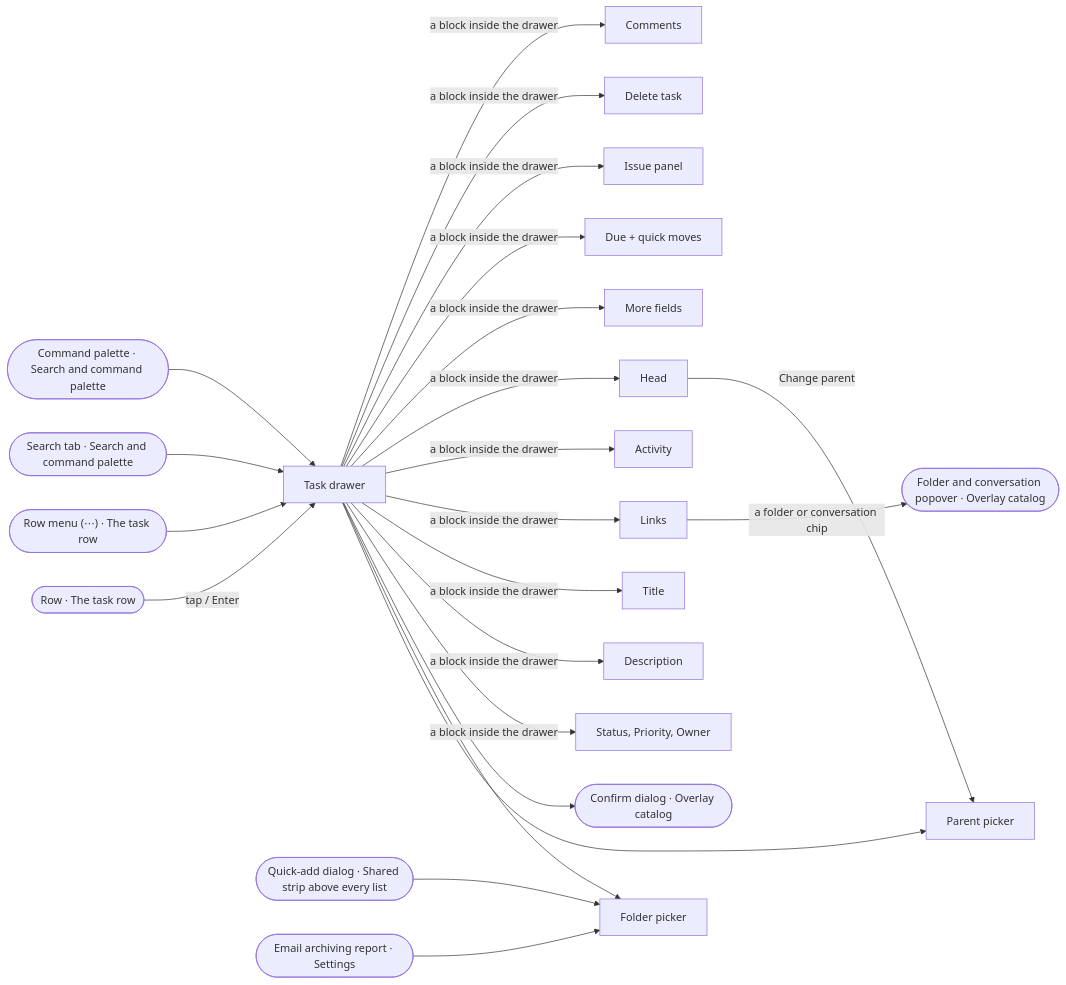
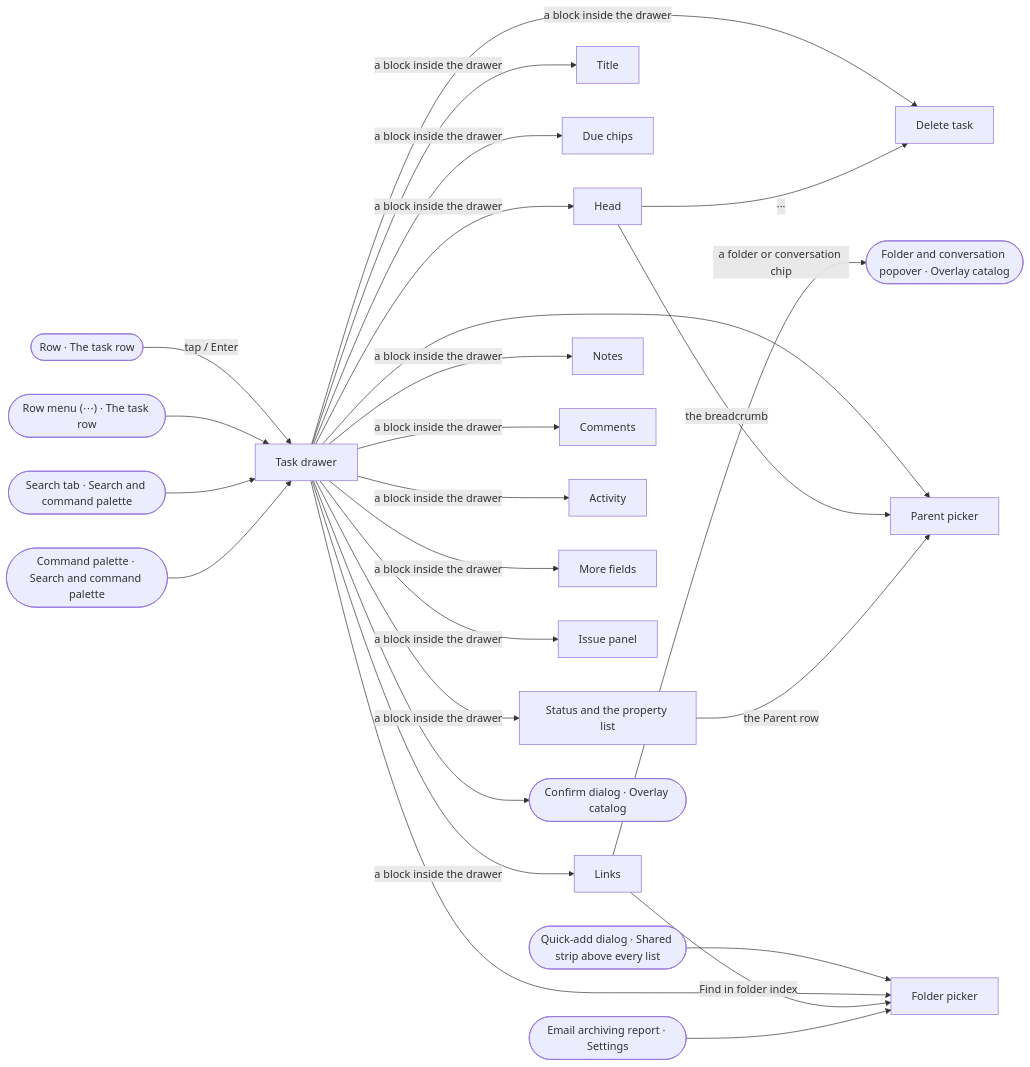
One commit to ferraroroberto/task-os changed the sixth of 12 diagrams in docs/ux-surface-map.md. Above: the diagram before and after it, drawn with Mermaid. The commit also changed other lines of this file and 111 other files, not shown here.

First line of the commit message:
feat: restyle the task drawer for speed, date chips shared with the row menu (#795)

````diff
--- a/docs/ux-surface-map.md
+++ b/docs/ux-surface-map.md
@@ -472,47 +474,50 @@
 ```mermaid
 flowchart LR
   s27["Task drawer"]
   s28["Head"]
   s29["Title"]
-  s30["Due + quick moves"]
-  s31["Status, Priority, Owner"]
+  s30["Due chips"]
+  s31["Status and the property list"]
   s32["Links"]
-  s33["Description"]
+  s33["Notes"]
   s34["Comments"]
   s35["Activity"]
   s36["Parent picker"]
   s37["More fields"]
   s38["Issue panel"]
   s39["Delete task"]
   s40["Folder picker"]
   s20(["Quick-add dialog · Shared strip above every list"])
   s21(["Row · The task row"])
   s24(["Row menu (⋯) · The task row"])
   s74(["Confirm dialog · Overlay catalog"])
   s75(["Folder and conversation popover · Overlay catalog"])
   s48(["Search tab · Search and command palette"])
   s49(["Command palette · Search and command palette"])
   s70(["Email archiving report · Settings"])
   s20 --> s40
   s21 -->|"tap / Enter"| s27
   s24 --> s27
   s27 --> s36
   s27 --> s40
   s27 --> s74
   s27 -->|"a block inside the drawer"| s31
   s27 -->|"a block inside the drawer"| s33
   s27 -->|"a block inside the drawer"| s29
   s27 -->|"a block inside the drawer"| s32
   s27 -->|"a block inside the drawer"| s35
   s27 -->|"a block inside the drawer"| s28
   s27 -->|"a block inside the drawer"| s37
   s27 -->|"a block inside the drawer"| s30
   s27 -->|"a block inside the drawer"| s38
   s27 -->|"a block inside the drawer"| s39
   s27 -->|"a block inside the drawer"| s34
-  s28 -->|"Change parent"| s36
+  s28 -->|"the breadcrumb"| s36
+  s28 -->|"···"| s39
+  s31 -->|"the Parent row"| s36
   s32 -->|"a folder or conversation chip"| s75
+  s32 -->|"Find in folder index"| s40
   s48 --> s27
   s49 --> s27
   s70 --> s40
 ```
````
